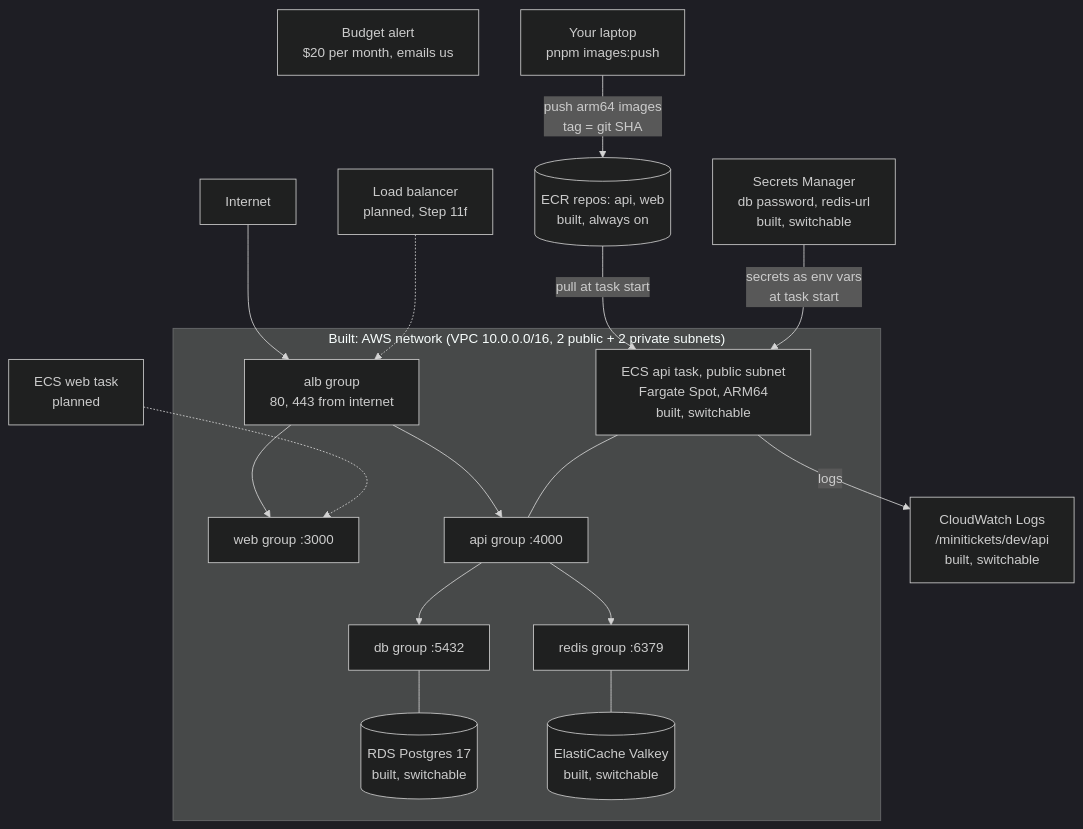
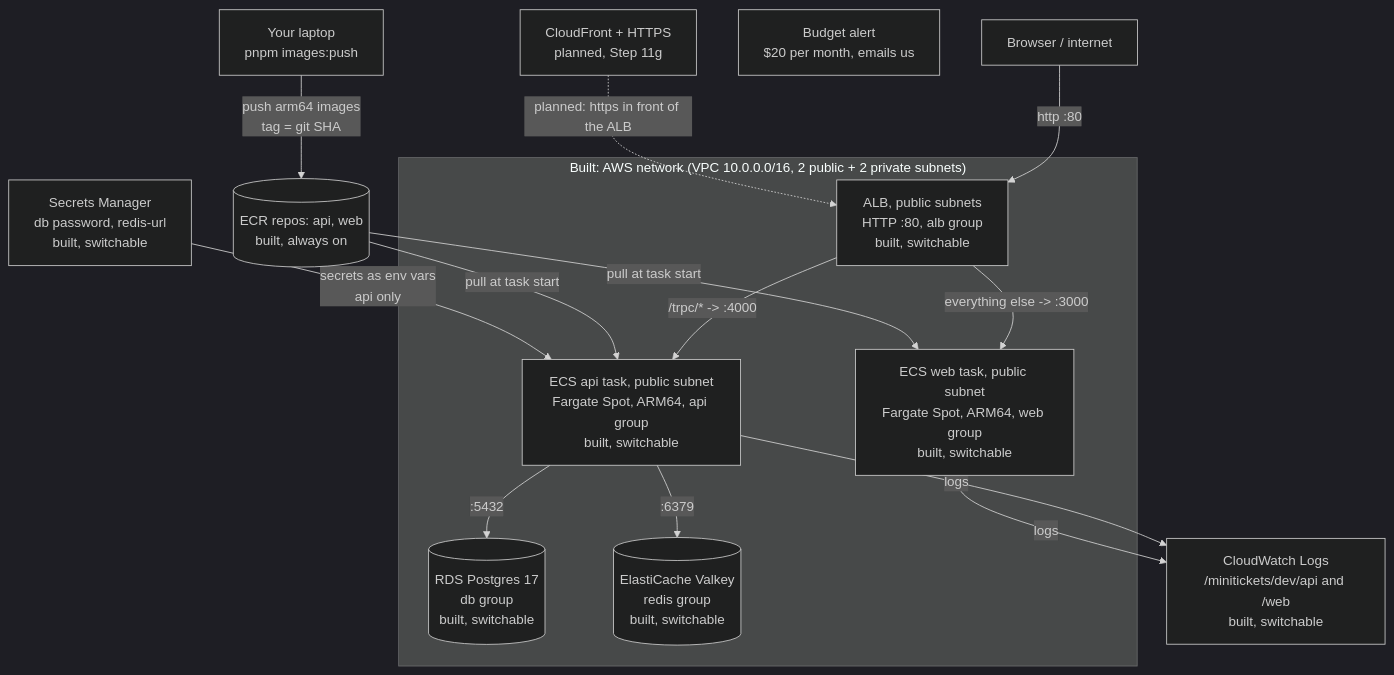
Before and after one commit to maheshnd/minitickets: the second of 3 diagrams in docs/00-architecture.md, drawn with Mermaid (dark theme). The commit also changed other lines of this file and 14 other files, not shown here.

Commit message:
infra: alb + web service + path routing

````diff
--- a/docs/00-architecture.md
+++ b/docs/00-architecture.md
@@ -25,35 +25,29 @@
 ```mermaid
 flowchart TB
-    internet["Internet"]
+    internet["Browser / internet"]
+    cf["CloudFront + HTTPS<br/>planned, Step 11g"]
     budget["Budget alert<br/>$20 per month, emails us"]
     sm["Secrets Manager<br/>db password, redis-url<br/>built, switchable"]
-    cw["CloudWatch Logs<br/>/minitickets/dev/api<br/>built, switchable"]
+    cw["CloudWatch Logs<br/>/minitickets/dev/api and /web<br/>built, switchable"]
     subgraph vpc["Built: AWS network (VPC 10.0.0.0/16, 2 public + 2 private subnets)"]
-        albsg["alb group<br/>80, 443 from internet"]
-        websg["web group :3000"]
-        apisg["api group :4000"]
-        dbsg["db group :5432"]
-        redissg["redis group :6379"]
-        apitask["ECS api task, public subnet<br/>Fargate Spot, ARM64<br/>built, switchable"]
-        rds[("RDS Postgres 17<br/>built, switchable")]
-        cache[("ElastiCache Valkey<br/>built, switchable")]
+        alb["ALB, public subnets<br/>HTTP :80, alb group<br/>built, switchable"]
+        webtask["ECS web task, public subnet<br/>Fargate Spot, ARM64, web group<br/>built, switchable"]
+        apitask["ECS api task, public subnet<br/>Fargate Spot, ARM64, api group<br/>built, switchable"]
+        rds[("RDS Postgres 17<br/>db group<br/>built, switchable")]
+        cache[("ElastiCache Valkey<br/>redis group<br/>built, switchable")]
     end
     ecr[("ECR repos: api, web<br/>built, always on")]
     laptop["Your laptop<br/>pnpm images:push"]
-    alb["Load balancer<br/>planned, Step 11f"]
-    webtask["ECS web task<br/>planned"]
+    internet -->|"http :80"| alb
+    cf -.->|"planned: https in front of the ALB"| alb
+    alb -->|"everything else -> :3000"| webtask
+    alb -->|"/trpc/* -> :4000"| apitask
+    apitask -->|":5432"| rds
+    apitask -->|":6379"| cache
     laptop -->|"push arm64 images<br/>tag = git SHA"| ecr
     ecr -->|"pull at task start"| apitask
-    sm -->|"secrets as env vars<br/>at task start"| apitask
+    ecr -->|"pull at task start"| webtask
+    sm -->|"secrets as env vars<br/>api only"| apitask
     apitask -->|"logs"| cw
-    internet --> albsg
-    albsg --> websg
-    albsg --> apisg
-    apisg --> dbsg
-    apisg --> redissg
-    apitask --- apisg
-    dbsg --- rds
-    redissg --- cache
-    alb -.-> albsg
-    webtask -.-> websg
+    webtask -->|"logs"| cw
 ```
````
